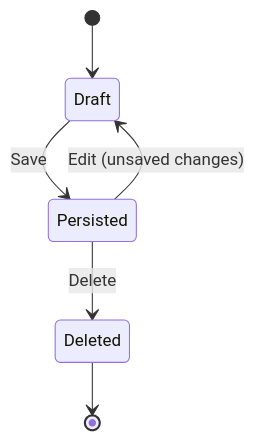
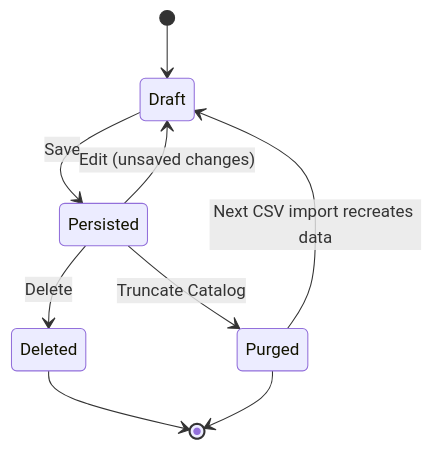
The ninth of 9 diagrams in docs/spec.md (sinjie2008/Foundational-Electronics-Core-Systems), drawn with Mermaid before and after one commit. The commit also changed other lines of this file and 10 other files, not shown here.

````diff
--- a/docs/spec.md
+++ b/docs/spec.md
@@ -443,8 +490,11 @@
 ```mermaid
 stateDiagram-v2
     [*] --> Draft
     Draft --> Persisted: Save
     Persisted --> Draft: Edit (unsaved changes)
     Persisted --> Deleted: Delete
+    Persisted --> Purged: Truncate Catalog
+    Purged --> Draft: Next CSV import recreates data
     Deleted --> [*]
+    Purged --> [*]
 ```
````
